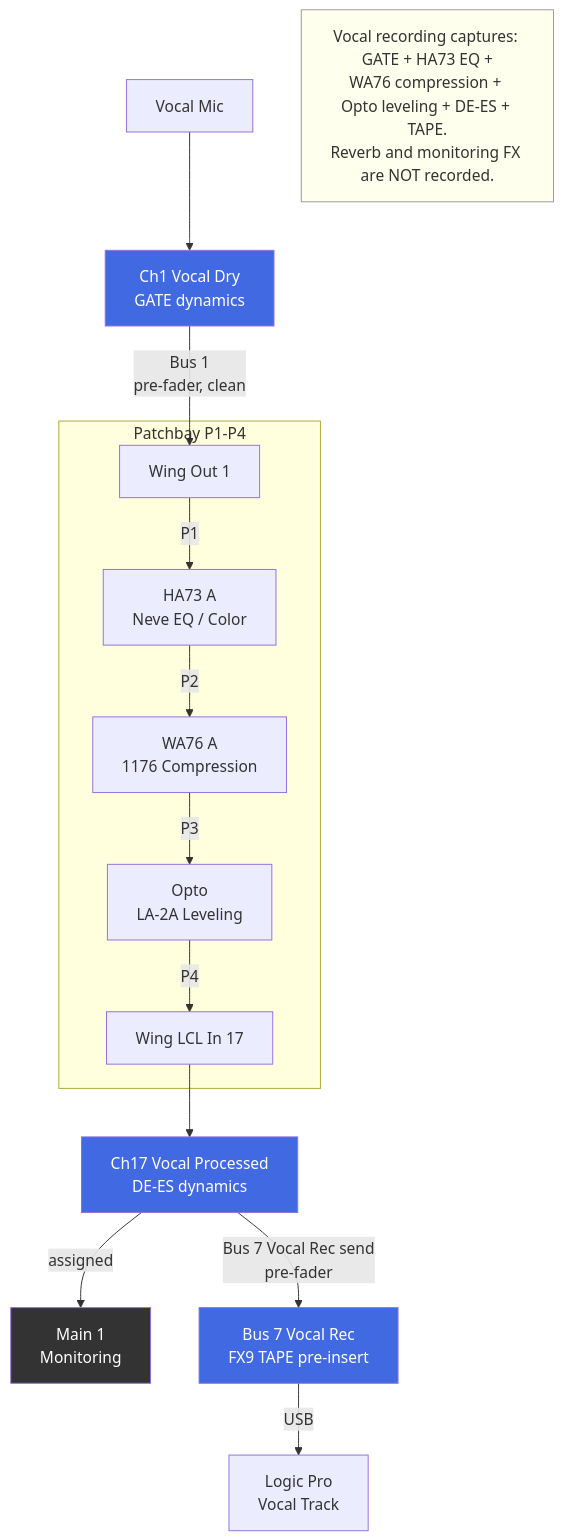
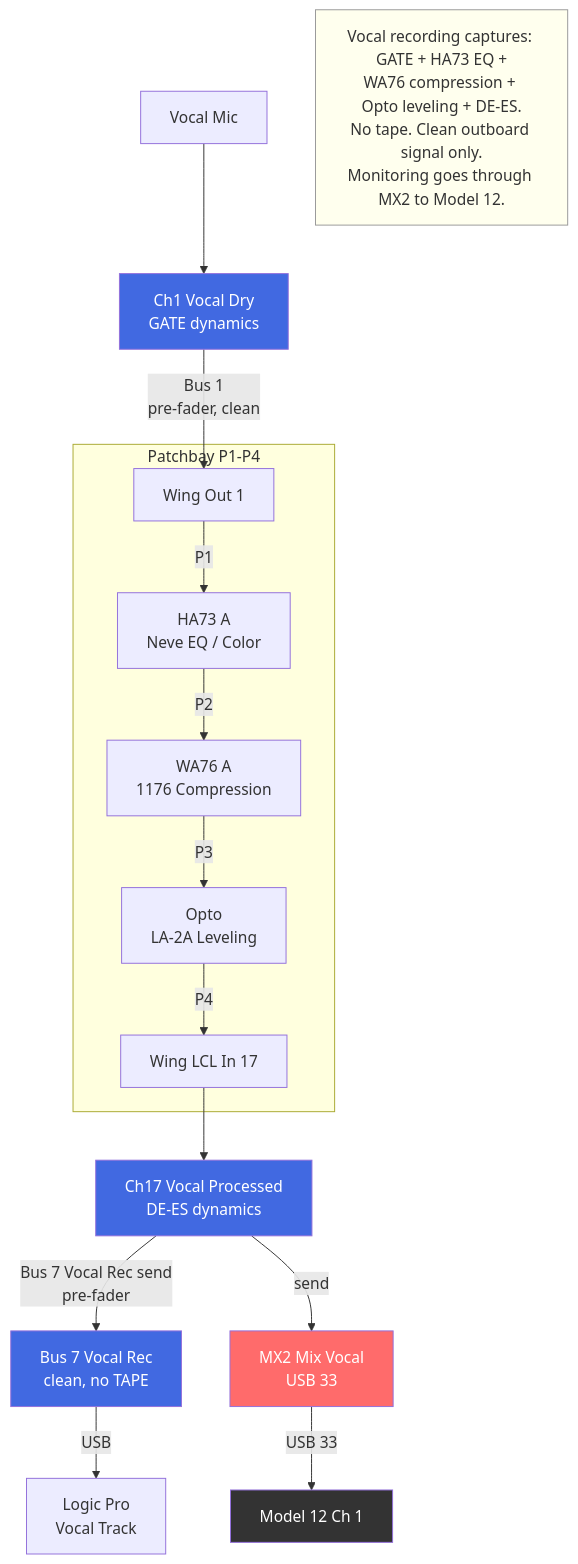
Before and after one commit to ldenman/studio-setup: the second of 21 diagrams in docs/diagrams.md, drawn with Mermaid. The commit also changed other lines of this file and 1 other file, not shown here.

First line of the commit message:
Update all diagrams for mix matrices and tape aux loop

````diff
--- a/docs/diagrams.md
+++ b/docs/diagrams.md
@@ -77,28 +81,30 @@
 ```mermaid
 graph TD
     MIC[Vocal Mic] --> CH1[Ch1 Vocal Dry<br/>GATE dynamics]
 
     CH1 -->|Bus 1<br/>pre-fader, clean| OUT1[Wing Out 1]
 
     subgraph Patchbay P1-P4
         OUT1 -->|P1| HA73A[HA73 A<br/>Neve EQ / Color]
         HA73A -->|P2| WA76A[WA76 A<br/>1176 Compression]
         WA76A -->|P3| OPTO[Opto<br/>LA-2A Leveling]
         OPTO -->|P4| LCL17[Wing LCL In 17]
     end
 
     LCL17 --> CH17[Ch17 Vocal Processed<br/>DE-ES dynamics]
 
-    CH17 -->|assigned| MAIN[Main 1<br/>Monitoring]
-    CH17 -->|Bus 7 Vocal Rec send<br/>pre-fader| BUS7[Bus 7 Vocal Rec<br/>FX9 TAPE pre-insert]
+    CH17 -->|Bus 7 Vocal Rec send<br/>pre-fader| BUS7[Bus 7 Vocal Rec<br/>clean, no TAPE]
+    CH17 -->|send| MX2[MX2 Mix Vocal<br/>USB 33]
 
     BUS7 -->|USB| LOGIC[Logic Pro<br/>Vocal Track]
+    MX2 -->|USB 33| M12[Model 12 Ch 1]
 
-    NOTE[Vocal recording captures: GATE + HA73 EQ +<br/>WA76 compression + Opto leveling + DE-ES + TAPE.<br/>Reverb and monitoring FX are NOT recorded.]
+    NOTE[Vocal recording captures: GATE + HA73 EQ +<br/>WA76 compression + Opto leveling + DE-ES.<br/>No tape. Clean outboard signal only.<br/>Monitoring goes through MX2 to Model 12.]
 
     style CH1 fill:#4169E1,color:#fff
     style CH17 fill:#4169E1,color:#fff
     style BUS7 fill:#4169E1,color:#fff
-    style MAIN fill:#333,color:#fff
+    style MX2 fill:#FF6B6B,color:#fff
+    style M12 fill:#333,color:#fff
     style NOTE fill:#ffe,stroke:#999
 ```
````
